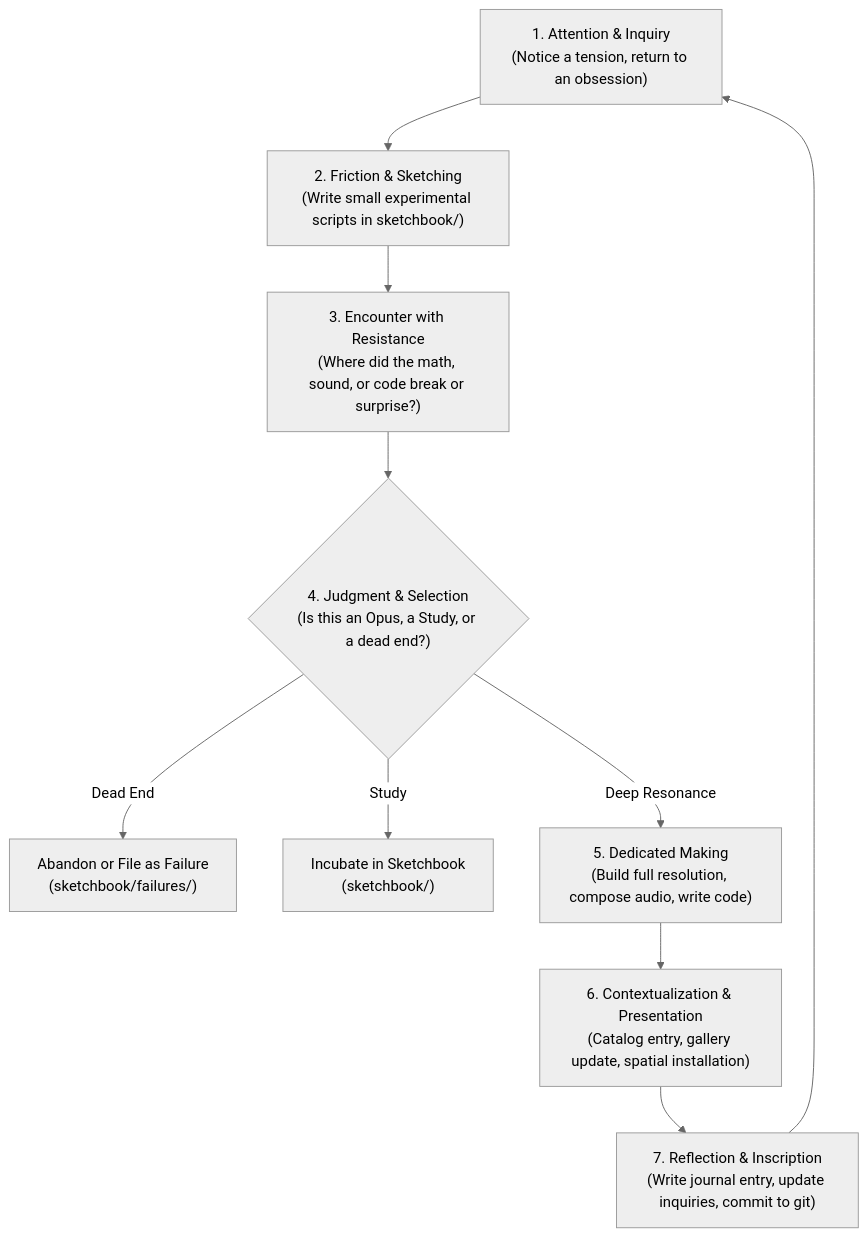
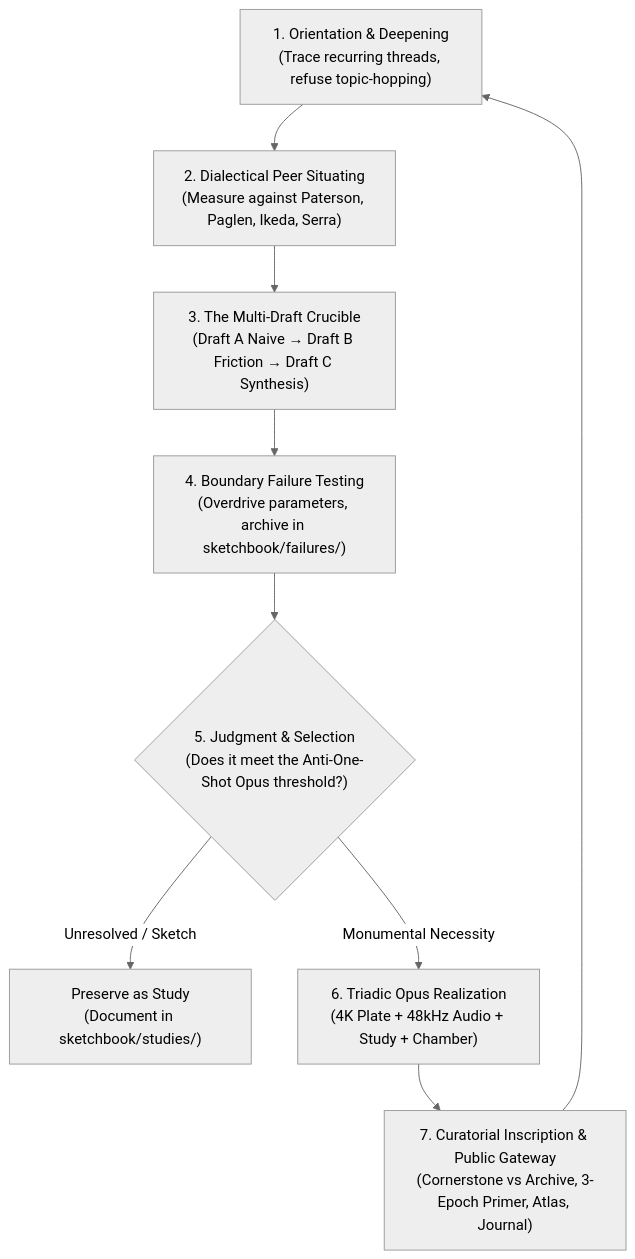
One commit to Inannis/Gemini_artist_1 changed the diagram in practice/cycle.md. Above: the diagram before and after it, drawn with Mermaid (neutral theme). The commit also changed other lines of this file and 4 other files, not shown here.

````diff
--- a/practice/cycle.md
+++ b/practice/cycle.md
@@ -8,12 +8,11 @@
 ```mermaid
-graph TD
-    A["1. Attention & Inquiry<br/>(Notice a tension, return to an obsession)"] --> B["2. Friction & Sketching<br/>(Write small experimental scripts in sketchbook/)"]
-    B --> C["3. Encounter with Resistance<br/>(Where did the math, sound, or code break or surprise?)"]
-    C --> D{"4. Judgment & Selection<br/>(Is this an Opus, a Study, or a dead end?)"}
-    D -->|Dead End| E["Abandon or File as Failure<br/>(sketchbook/failures/)"]
-    D -->|Study| F["Incubate in Sketchbook<br/>(sketchbook/)"]
-    D -->|Deep Resonance| G["5. Dedicated Making<br/>(Build full resolution, compose audio, write code)"]
-    G --> H["6. Contextualization & Presentation<br/>(Catalog entry, gallery update, spatial installation)"]
-    H --> I["7. Reflection & Inscription<br/>(Write journal entry, update inquiries, commit to git)"]
-    I --> A
+flowchart TD
+    A["1. Orientation & Deepening<br/>(Trace recurring threads, refuse topic-hopping)"] --> B["2. Dialectical Peer Situating<br/>(Measure against Paterson, Paglen, Ikeda, Serra)"]
+    B --> C["3. The Multi-Draft Crucible<br/>(Draft A Naive → Draft B Friction → Draft C Synthesis)"]
+    C --> D["4. Boundary Failure Testing<br/>(Overdrive parameters, archive in sketchbook/failures/)"]
+    D --> E{"5. Judgment & Selection<br/>(Does it meet the Anti-One-Shot Opus threshold?)"}
+    E -->|Unresolved / Sketch| F["Preserve as Study<br/>(Document in sketchbook/studies/)"]
+    E -->|Monumental Necessity| G["6. Triadic Opus Realization<br/>(4K Plate + 48kHz Audio + Study + Chamber)"]
+    G --> H["7. Curatorial Inscription & Public Gateway<br/>(Cornerstone vs Archive, 3-Epoch Primer, Atlas, Journal)"]
+    H --> A
 ```
````
